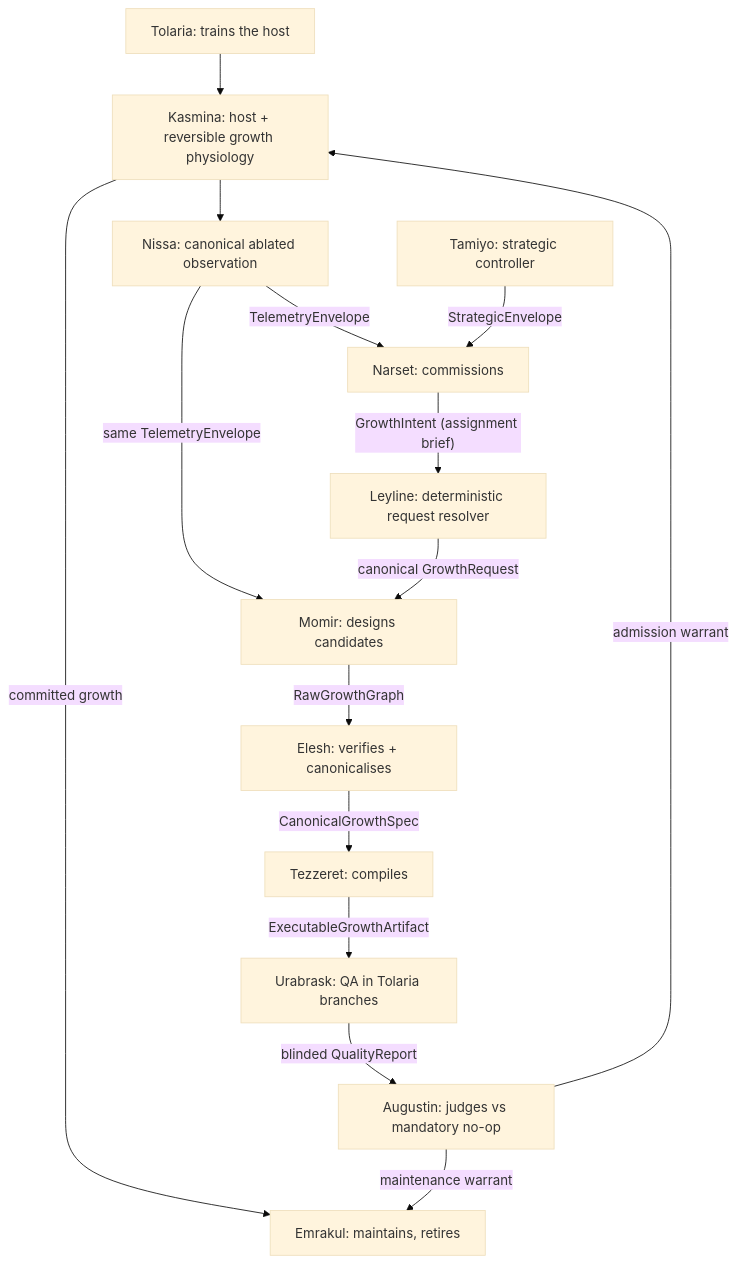
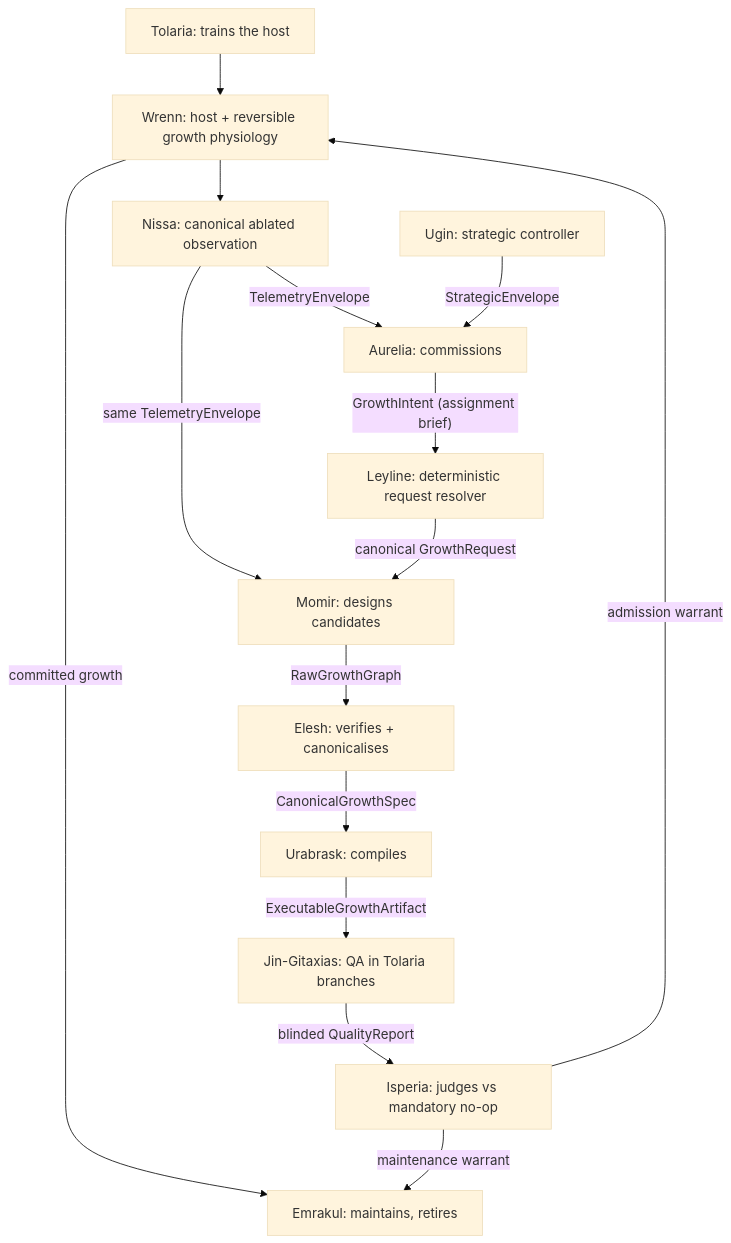
The diagram in ARCHITECTURE.md (foundryside-dev/simic), drawn with Mermaid (base theme) before and after one commit. The commit also changed other lines of this file and 72 other files, not shown here.

````diff
--- a/ARCHITECTURE.md
+++ b/ARCHITECTURE.md
@@ -39,17 +39,17 @@
 ```mermaid
 flowchart TD
-    TOL["Tolaria: trains the host"] --> KAS["Kasmina: host + reversible growth physiology"]
-    KAS --> NIS["Nissa: canonical ablated observation"]
-    NIS -->|"TelemetryEnvelope"| NAR["Narset: commissions"]
+    TOL["Tolaria: trains the host"] --> WRE["Wrenn: host + reversible growth physiology"]
+    WRE --> NIS["Nissa: canonical ablated observation"]
+    NIS -->|"TelemetryEnvelope"| AUR["Aurelia: commissions"]
     NIS -->|"same TelemetryEnvelope"| MOM["Momir: designs candidates"]
-    TAM["Tamiyo: strategic controller"] -->|"StrategicEnvelope"| NAR
-    NAR -->|"GrowthIntent (assignment brief)"| RES["Leyline: deterministic request resolver"]
+    UGN["Ugin: strategic controller"] -->|"StrategicEnvelope"| AUR
+    AUR -->|"GrowthIntent (assignment brief)"| RES["Leyline: deterministic request resolver"]
     RES -->|"canonical GrowthRequest"| MOM
     MOM -->|"RawGrowthGraph"| ELE["Elesh: verifies + canonicalises"]
-    ELE -->|"CanonicalGrowthSpec"| TEZ["Tezzeret: compiles"]
-    TEZ -->|"ExecutableGrowthArtifact"| URA["Urabrask: QA in Tolaria branches"]
-    URA -->|"blinded QualityReport"| AUG["Augustin: judges vs mandatory no-op"]
-    AUG -->|"admission warrant"| KAS
-    KAS -->|"committed growth"| EMR["Emrakul: maintains, retires"]
-    AUG -->|"maintenance warrant"| EMR
+    ELE -->|"CanonicalGrowthSpec"| URB["Urabrask: compiles"]
+    URB -->|"ExecutableGrowthArtifact"| JIN["Jin-Gitaxias: QA in Tolaria branches"]
+    JIN -->|"blinded QualityReport"| ISP["Isperia: judges vs mandatory no-op"]
+    ISP -->|"admission warrant"| WRE
+    WRE -->|"committed growth"| EMR["Emrakul: maintains, retires"]
+    ISP -->|"maintenance warrant"| EMR
 ```
````
